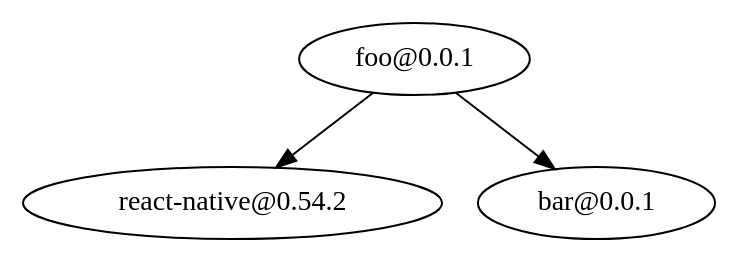
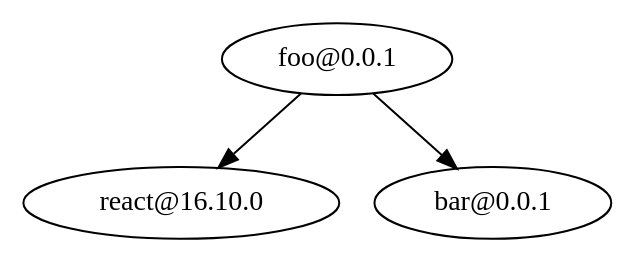
One commit to newsuk/times-components changed the third of 3 diagrams in packages/depend/README.md. Above: the diagram before and after it, drawn with Graphviz. The commit also changed other lines of this file, not shown here.

````diff
--- a/packages/depend/README.md
+++ b/packages/depend/README.md
@@ -118,6 +118,6 @@
 ```dot
 digraph {
-  "foo@0.0.1" -> "react-native@0.54.2";
+  "foo@0.0.1" -> "react@16.10.0";
   "foo@0.0.1" -> "bar@0.0.1";
 }
 ```
````
